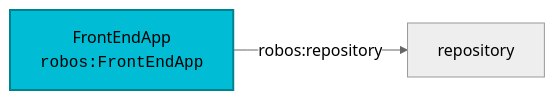
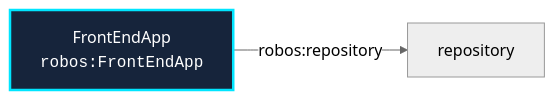
The diagram in docs/schemas/applications/front-end-app.md (nddipiazza/robos), drawn with Mermaid (neutral theme) before and after one commit. The commit also changed 21 other files, not shown here.

Commit message:
fix(docs): resolve foreground contrast for backticked code in non-expanded mermaid diagrams

````diff
--- a/docs/schemas/applications/front-end-app.md
+++ b/docs/schemas/applications/front-end-app.md
@@ -36,6 +36,6 @@
 ```mermaid
 graph LR
     ThisNode["FrontEndApp<br/><code>robos:FrontEndApp</code>"]:::primary
-    classDef primary fill:#00bcd4,stroke:#00838f,stroke-width:2px,color:#000;
+    classDef primary fill:#16243b,stroke:#00e5ff,stroke-width:2.5px,color:#ffffff;
     ThisNode -->|robos:repository| repository["repository"]
 ```
````
